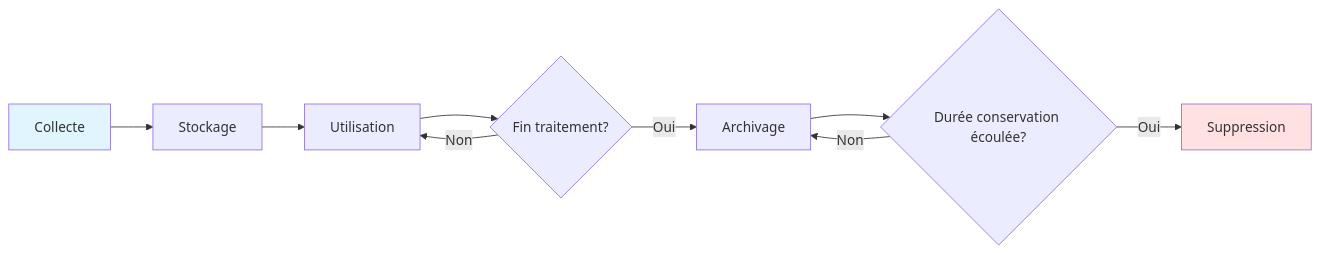
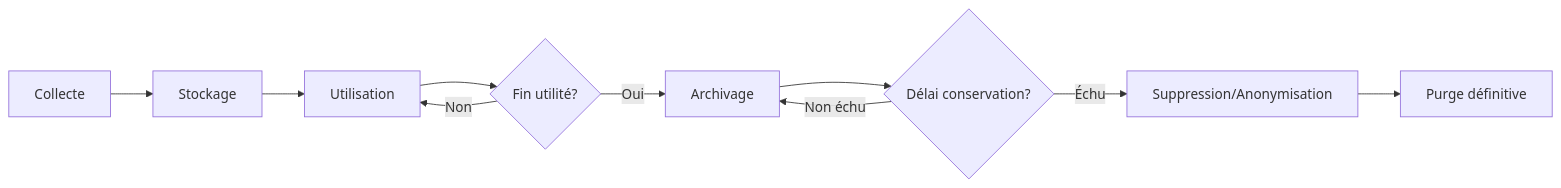
One commit to cyranoaladin/Korrigo changed the diagram in docs/security/GESTION_DONNEES.md. Above: the diagram before and after it, drawn with Mermaid. The commit also changed other lines of this file and 1 other file, not shown here.

````diff
--- a/docs/security/GESTION_DONNEES.md
+++ b/docs/security/GESTION_DONNEES.md
@@ -66,14 +65,12 @@
 ```mermaid
-flowchart LR
+graph LR
     A[Collecte] --> B[Stockage]
     B --> C[Utilisation]
-    C --> D{Fin traitement?}
+    C --> D{Fin utilité?}
     D -->|Non| C
     D -->|Oui| E[Archivage]
-    E --> F{Durée conservation écoulée?}
-    F -->|Non| E
-    F -->|Oui| G[Suppression]
-    
-    style A fill:#e1f5ff
-    style G fill:#ffe1e1
+    E --> F{Délai conservation?}
+    F -->|Non échu| E
+    F -->|Échu| G[Suppression/Anonymisation]
+    G --> H[Purge définitive]
 ```
````
